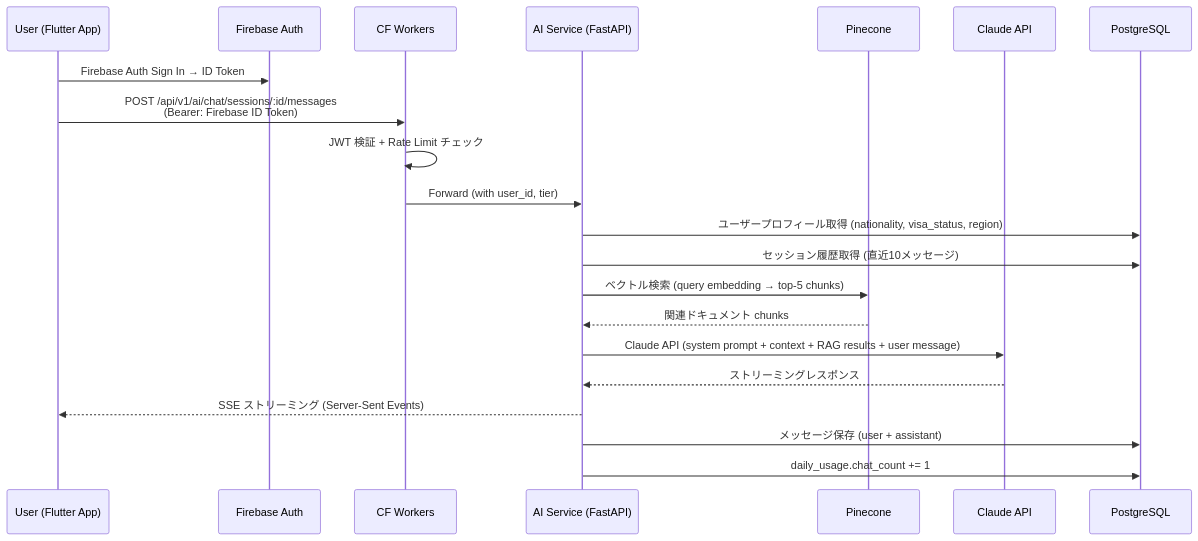
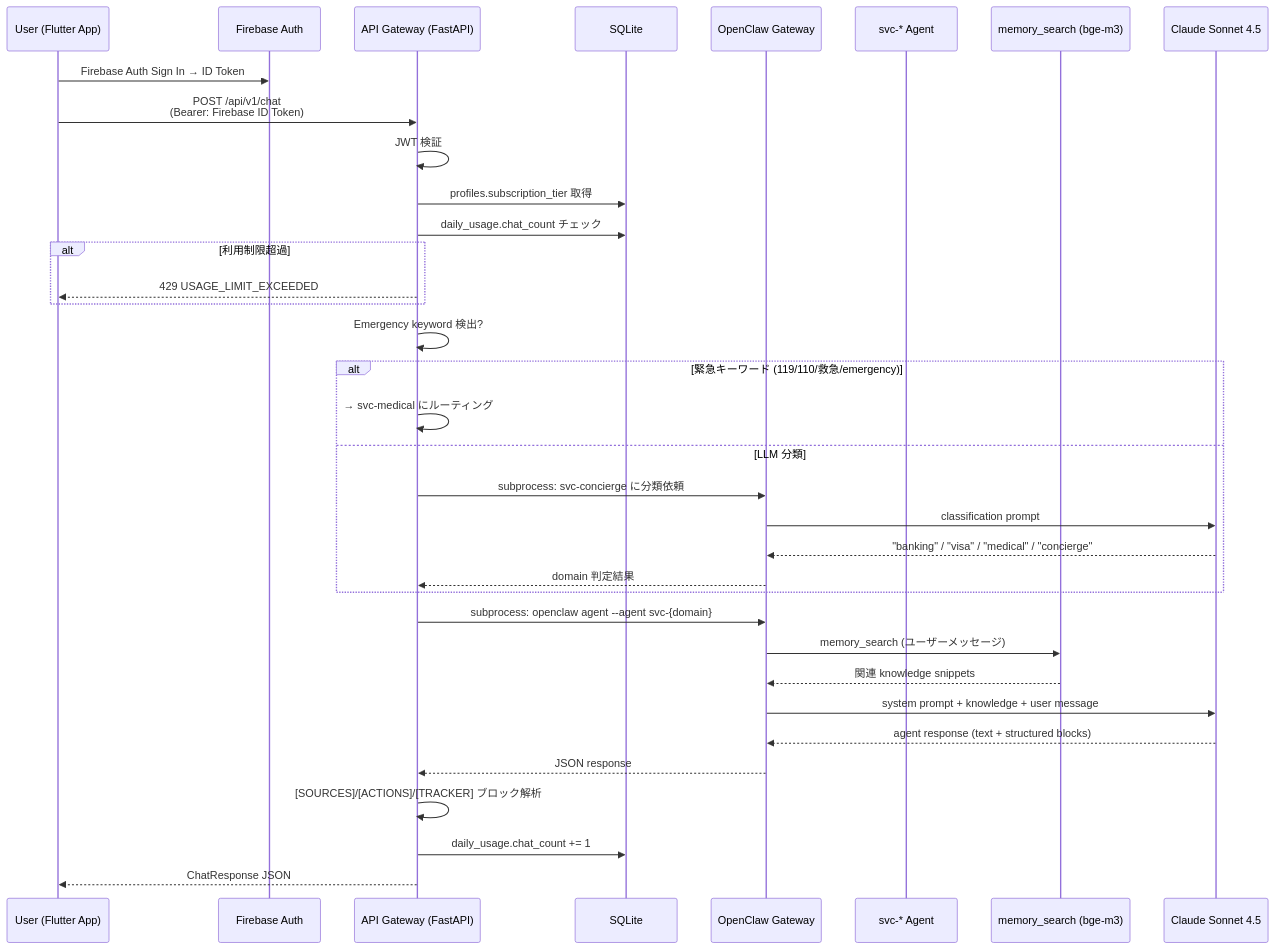
One commit to cjttca-cd/gaijin-life-navi changed the second of 5 diagrams in architecture/SYSTEM_DESIGN.md. Above: the diagram before and after it, drawn with Mermaid. The commit also changed other lines of this file and 30 other files, not shown here.

````diff
--- a/architecture/SYSTEM_DESIGN.md
+++ b/architecture/SYSTEM_DESIGN.md
@@ -135,27 +223,42 @@
 ```mermaid
 sequenceDiagram
     participant U as User (Flutter App)
     participant FB as Firebase Auth
-    participant CF as CF Workers
-    participant AI as AI Service (FastAPI)
-    participant PC as Pinecone
-    participant CL as Claude API
-    participant DB as PostgreSQL
+    participant GW as API Gateway (FastAPI)
+    participant DB as SQLite
+    participant OC as OpenClaw Gateway
+    participant Agent as svc-* Agent
+    participant MS as memory_search (bge-m3)
+    participant CL as Claude Sonnet 4.5
 
     U->>FB: Firebase Auth Sign In → ID Token
-    U->>CF: POST /api/v1/ai/chat/sessions/:id/messages<br/>(Bearer: Firebase ID Token)
-    CF->>CF: JWT 検証 + Rate Limit チェック
-    CF->>AI: Forward (with user_id, tier)
+    U->>GW: POST /api/v1/chat<br/>(Bearer: Firebase ID Token)
+    GW->>GW: JWT 検証
+    GW->>DB: profiles.subscription_tier 取得
+    GW->>DB: daily_usage.chat_count チェック
 
-    AI->>DB: ユーザープロフィール取得 (nationality, visa_status, region)
-    AI->>DB: セッション履歴取得 (直近10メッセージ)
-    AI->>PC: ベクトル検索 (query embedding → top-5 chunks)
-    PC-->>AI: 関連ドキュメント chunks
+    alt 利用制限超過
+        GW-->>U: 429 USAGE_LIMIT_EXCEEDED
+    end
 
-    AI->>CL: Claude API (system prompt + context + RAG results + user message)
-    CL-->>AI: ストリーミングレスポンス
+    GW->>GW: Emergency keyword 検出?
+    alt 緊急キーワード (119/110/救急/emergency)
+        GW->>GW: → svc-medical にルーティング
+    else LLM 分類
+        GW->>OC: subprocess: svc-concierge に分類依頼
+        OC->>CL: classification prompt
+        CL-->>OC: "banking" / "visa" / "medical" / "concierge"
+        OC-->>GW: domain 判定結果
+    end
 
-    AI-->>U: SSE ストリーミング (Server-Sent Events)
-    AI->>DB: メッセージ保存 (user + assistant)
-    AI->>DB: daily_usage.chat_count += 1
+    GW->>OC: subprocess: openclaw agent --agent svc-{domain}
+    OC->>MS: memory_search (ユーザーメッセージ)
+    MS-->>OC: 関連 knowledge snippets
+    OC->>CL: system prompt + knowledge + user message
+    CL-->>OC: agent response (text + structured blocks)
+    OC-->>GW: JSON response
+
+    GW->>GW: [SOURCES]/[ACTIONS]/[TRACKER] ブロック解析
+    GW->>DB: daily_usage.chat_count += 1
+    GW-->>U: ChatResponse JSON
 ```
````
